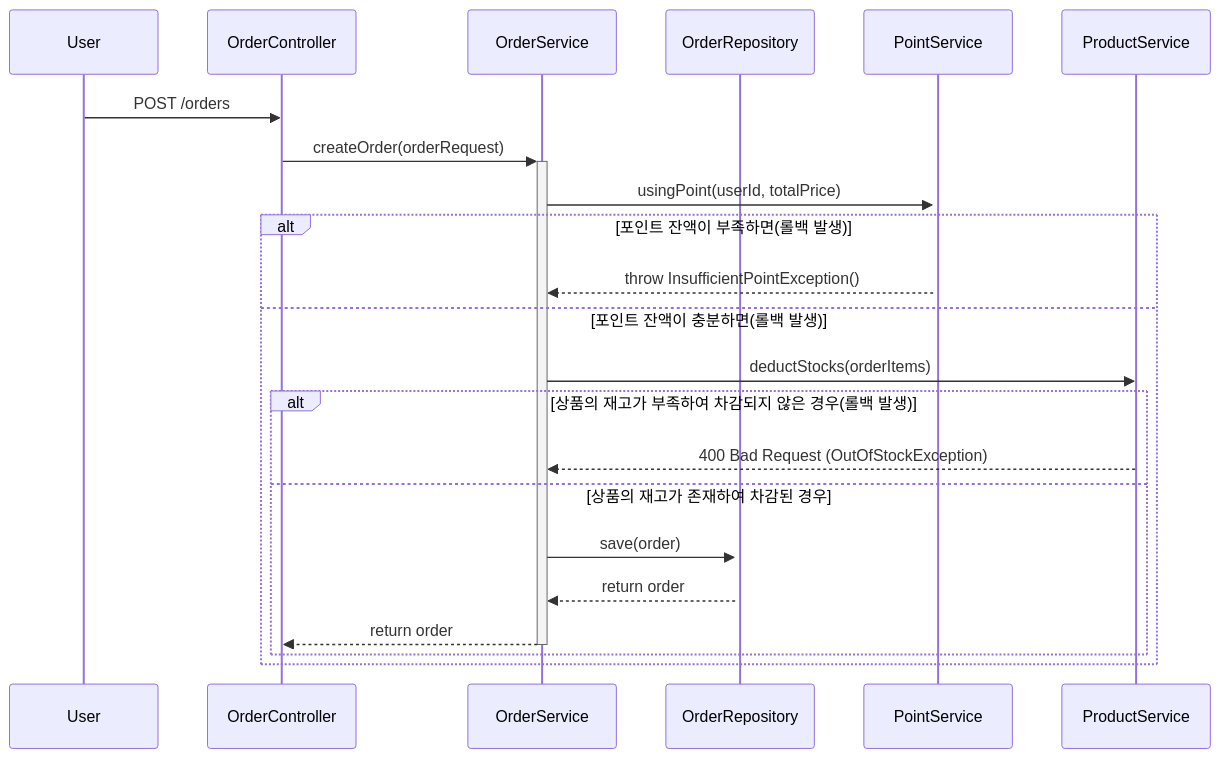
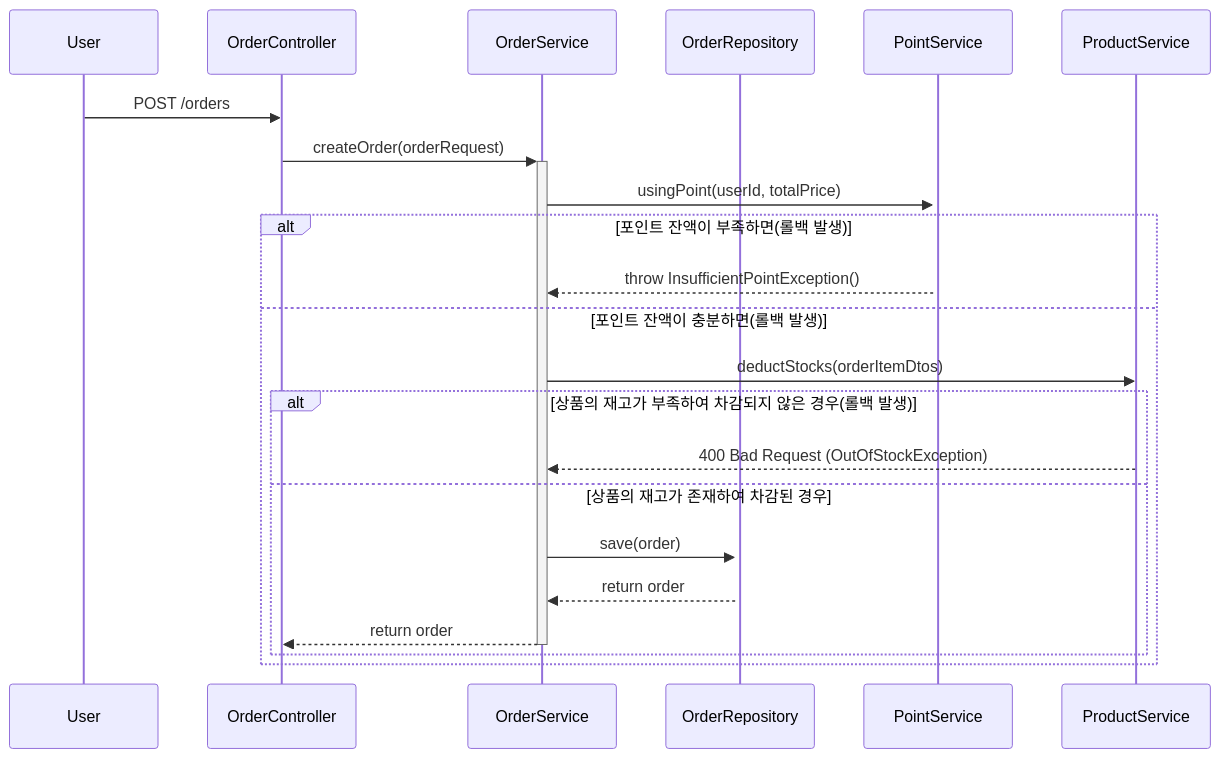
One commit to moonjin-kim/door-commerce changed the seventh of 9 diagrams in docs/design/02-sequence-diagrams.md. Above: the diagram before and after it, drawn with Mermaid. The commit also changed 70 other files, not shown here.

````diff
--- a/docs/design/02-sequence-diagrams.md
+++ b/docs/design/02-sequence-diagrams.md
@@ -157,26 +157,26 @@
 ```mermaid
 sequenceDiagram
     participant User
     participant OrderController
     participant OrderService
     participant OrderRepository
     participant PointService
     participant ProductService
     
     User->>OrderController: POST /orders
     OrderController->>+OrderService: createOrder(orderRequest)
     OrderService->>+PointService: usingPoint(userId, totalPrice)
     alt 포인트 잔액이 부족하면(롤백 발생)
         PointService-->>OrderService: throw InsufficientPointException()
     else 포인트 잔액이 충분하면(롤백 발생)
-        OrderService->>ProductService: deductStocks(orderItems)
+        OrderService->>ProductService: deductStocks(orderItemDtos)
         alt 상품의 재고가 부족하여 차감되지 않은 경우(롤백 발생)
             ProductService-->>OrderService: 400 Bad Request (OutOfStockException)
         else 상품의 재고가 존재하여 차감된 경우
             OrderService->>+OrderRepository: save(order)
             OrderRepository-->>OrderService: return order
             OrderService-->>-OrderController: return order
 
         end
     end
 ```
````
